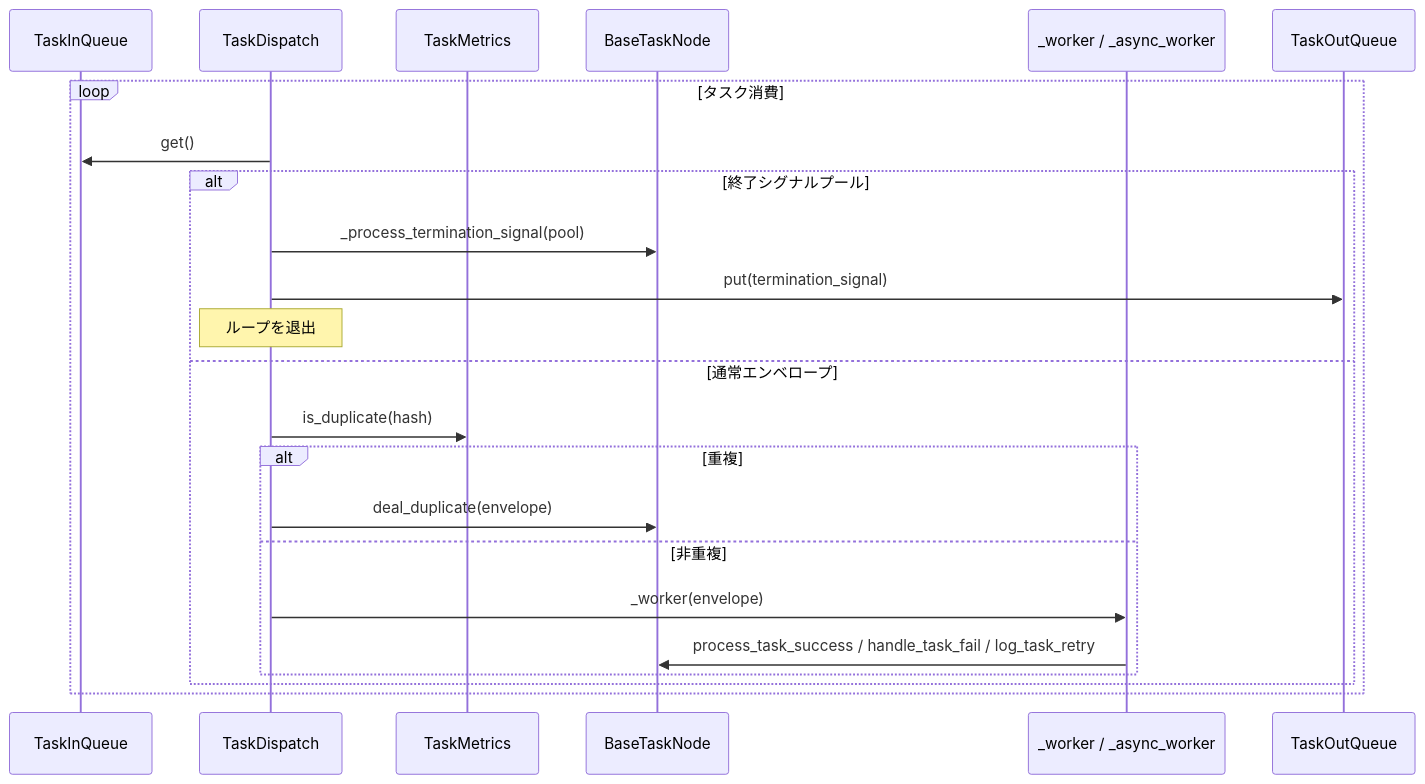
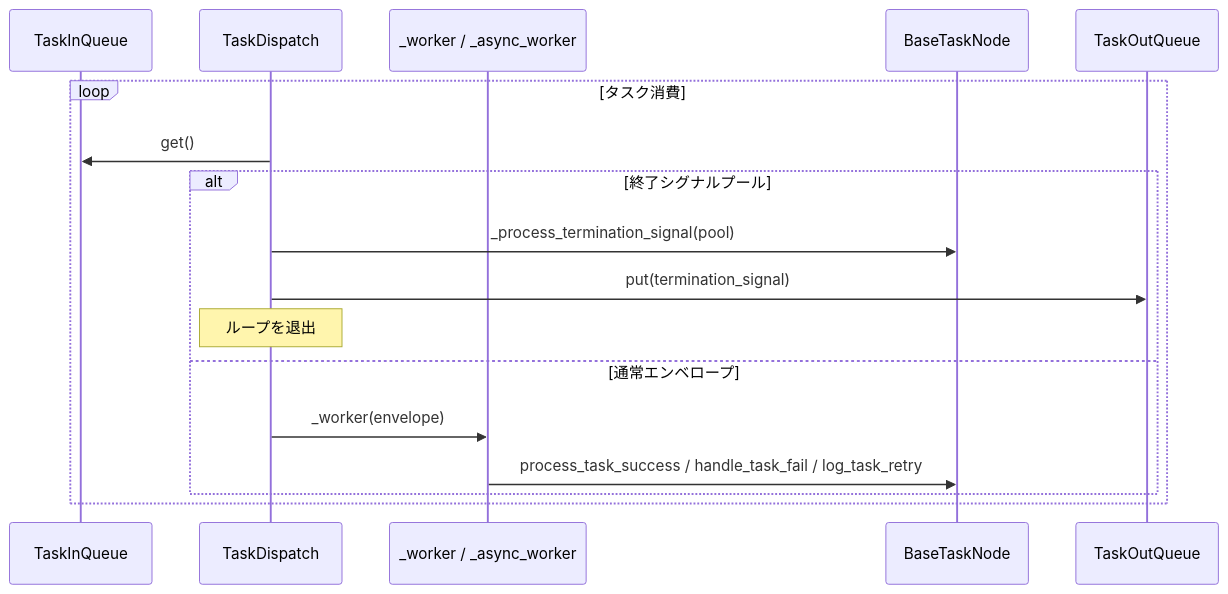
Before and after one commit to Mr-xiaotian/CelestialFlow: the first of 2 diagrams in docs/ja/src/node/core_dispatch.md, drawn with Mermaid. The commit also changed other lines of this file and 211 other files, not shown here.

````diff
--- a/docs/ja/src/node/core_dispatch.md
+++ b/docs/ja/src/node/core_dispatch.md
@@ -121,26 +112,20 @@
 ```mermaid
 sequenceDiagram
     participant Q as TaskInQueue
     participant D as TaskDispatch
-    participant M as TaskMetrics
+    participant W as _worker / _async_worker
     participant N as BaseTaskNode
-    participant W as _worker / _async_worker
     participant R as TaskOutQueue
 
     loop タスク消費
         D->>Q: get()
         alt 終了シグナルプール
             D->>N: _process_termination_signal(pool)
             D->>R: put(termination_signal)
             Note over D: ループを退出
         else 通常エンベロープ
-            D->>M: is_duplicate(hash)
-            alt 重複
-                D->>N: deal_duplicate(envelope)
-            else 非重複
-                D->>W: _worker(envelope)
-                W->>N: process_task_success / handle_task_fail / log_task_retry
-            end
+            D->>W: _worker(envelope)
+            W->>N: process_task_success / handle_task_fail / log_task_retry
         end
     end
 ```
````
